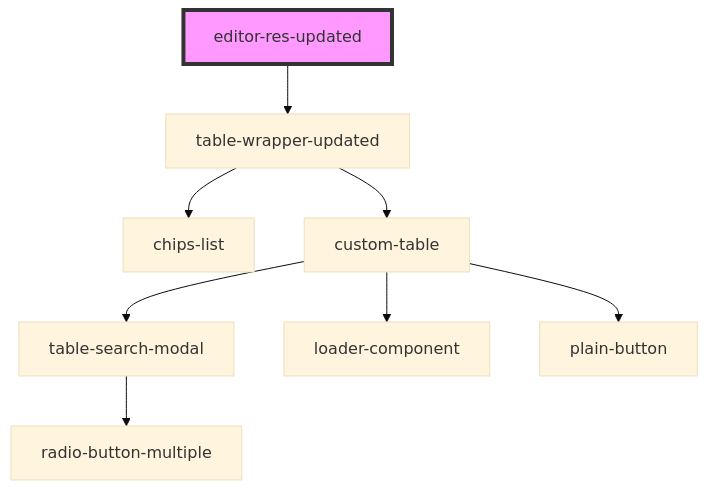
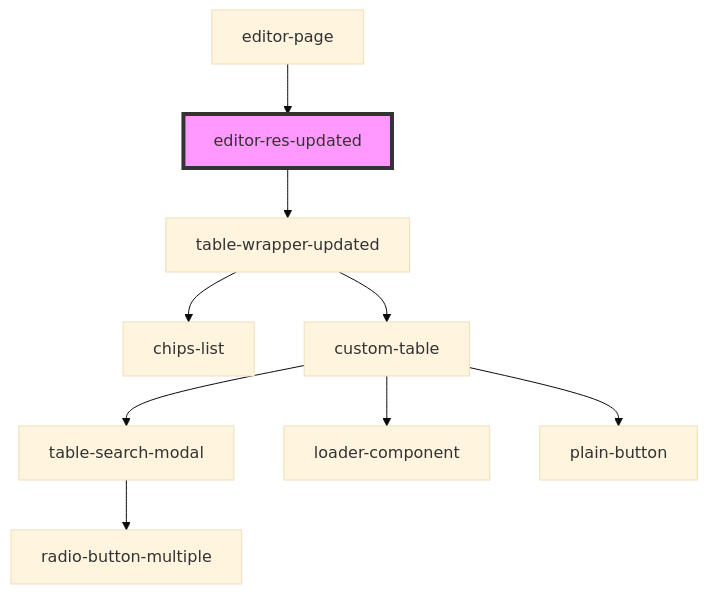
Before and after one commit to techvariable/NeptuneConnectComponents: the diagram in src/components/editor-res-updated/readme.md, drawn with Mermaid (base theme). The commit also changed other lines of this file and 5 other files, not shown here.

````diff
--- a/src/components/editor-res-updated/readme.md
+++ b/src/components/editor-res-updated/readme.md
@@ -23,11 +27,12 @@
 ```mermaid
 graph TD;
   editor-res-updated --> table-wrapper-updated
   table-wrapper-updated --> chips-list
   table-wrapper-updated --> custom-table
   custom-table --> table-search-modal
   custom-table --> loader-component
   custom-table --> plain-button
   table-search-modal --> radio-button-multiple
+  editor-page --> editor-res-updated
   style editor-res-updated fill:#f9f,stroke:#333,stroke-width:4px
 ```
````
